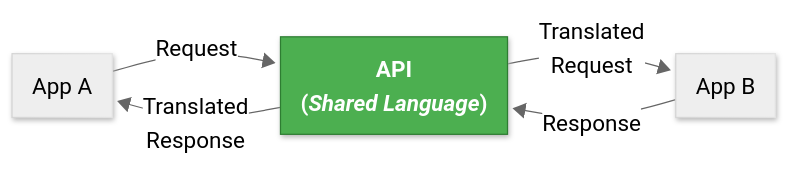
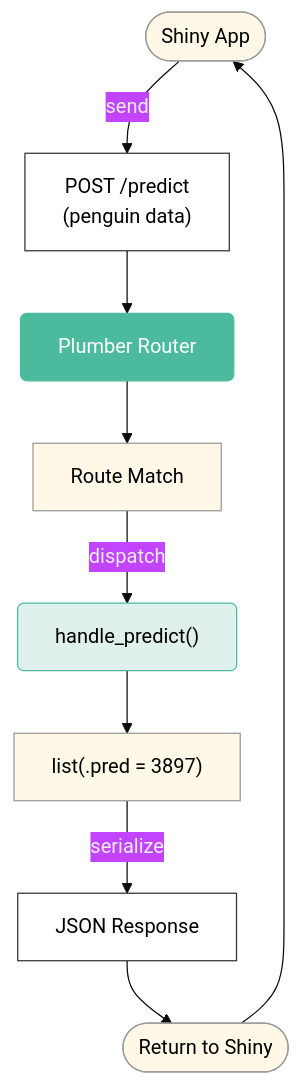
The first of 4 diagrams in posts/shiny-plumber/index.qmd (mjfrigaard/mjfrigaard.github.io), drawn with Mermaid before and after one commit. The commit also changed other lines of this file and 32 other files, not shown here.

````diff
--- a/posts/shiny-plumber/index.qmd
+++ b/posts/shiny-plumber/index.qmd
@@ -93,17 +63,35 @@
 ```{mermaid}
-%%| fig-align: center
+%%| eval: true
 %%| echo: false
-%%| fig-cap: 'APIs'
-%%{init: {'theme': 'neutral', 'look': 'neo', 'themeVariables': { 'fontFamily': 'monospace', "fontSize":"18px"}}}%%
+%%| fig-align: 'center'
+%%| fig-cap: 'How Plumber APIs Work'
+%%{init: {'theme': 'base', 'themeVariables': {'fontFamily': 'monospace', 'darkMode': true}}}%%
 
-graph LR
-    AppA["App A"] -->|Request| API["<strong>API<br/>(<em>Shared Language</em>)</strong>"]
-    API -->|Translated<br>Request| AppB["App B"]
-    AppB -->|Response| API
-    API -->|Translated<br>Response| AppA
-    
-    style API fill:#4CAF50,stroke:#2E7D32,color:#fff
-    style AppA color:#000
-    style AppB color:#000
-    
+flowchart TD
+    Shiny(["Shiny App"])
+    Request["POST /predict<br/>(penguin data)"]
+    Router["Plumber Router"]
+    Match["Route Match"]
+    Handler["handle_predict()"]
+    Result["list(.pred = 3897)"]
+    JSON["JSON Response"]
+    Return(["Return to Shiny"])
+
+    Shiny -->|send| Request
+    Request --> Router
+    Router --> Match
+    Match -->|dispatch| Handler
+    Handler --> Result
+    Result -->|serialize| JSON
+    JSON --> Return
+    Return --> Shiny
+
+    style Shiny fill:#FFF8E7,stroke:#999,color:#000000
+    style Match color:#000000,fill:#FFF8E7,stroke:#999
+    style Result color:#000000,fill:#FFF8E7,stroke:#999
+    style Return color:#000000,fill:#FFF8E7,stroke:#999
+    style Router fill:#4CBB9D,stroke:#4CBB9D,color:#FFFFFF,rx:5,ry:5
+    style Handler fill:#E0F0ED,stroke:#4CBB9D,color:#000000,rx:5,ry:5
+    style Request fill:#FFFFFF,stroke:#333,color:#000000
+    style JSON fill:#FFFFFF,stroke:#333,color:#000000
 ```
````
